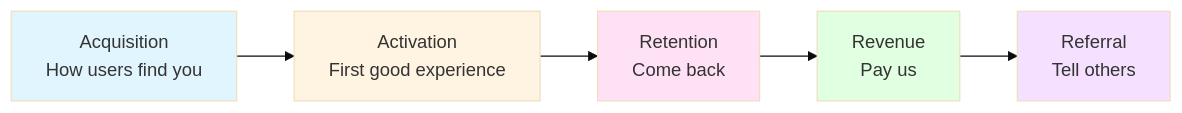
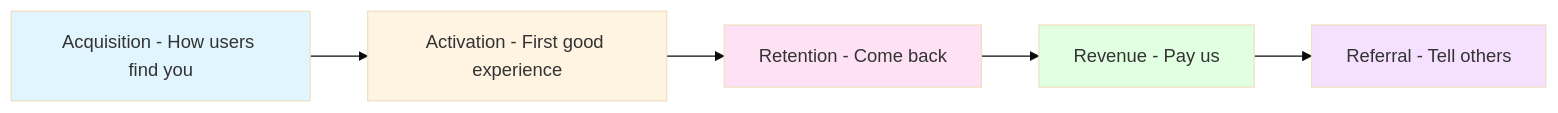
One commit to codezelaca/pm-ba-lifecycle changed the first of 2 diagrams in 01-curriculum/04-data-analytics.md. Above: the diagram before and after it, drawn with Mermaid (base theme). The commit also changed other lines of this file and 11 other files, not shown here.

Commit message:
docs: standardize multi-line text formatting in diagrams and tables by replacing HTML line breaks with hyphens.

````diff
--- a/01-curriculum/04-data-analytics.md
+++ b/01-curriculum/04-data-analytics.md
@@ -92,13 +92,13 @@
 ```mermaid
 graph LR
-    A[Acquisition<br/>How users find you] --> B[Activation<br/>First good experience]
-    B --> C[Retention<br/>Come back]
-    C --> D[Revenue<br/>Pay us]
-    D --> E[Referral<br/>Tell others]
+    A[Acquisition - How users find you] --> B[Activation - First good experience]
+    B --> C[Retention - Come back]
+    C --> D[Revenue - Pay us]
+    D --> E[Referral - Tell others]
 
     style A fill:#e1f5ff
     style B fill:#fff4e1
     style C fill:#ffe1f5
     style D fill:#e1ffe1
     style E fill:#f5e1ff
 ```
````
